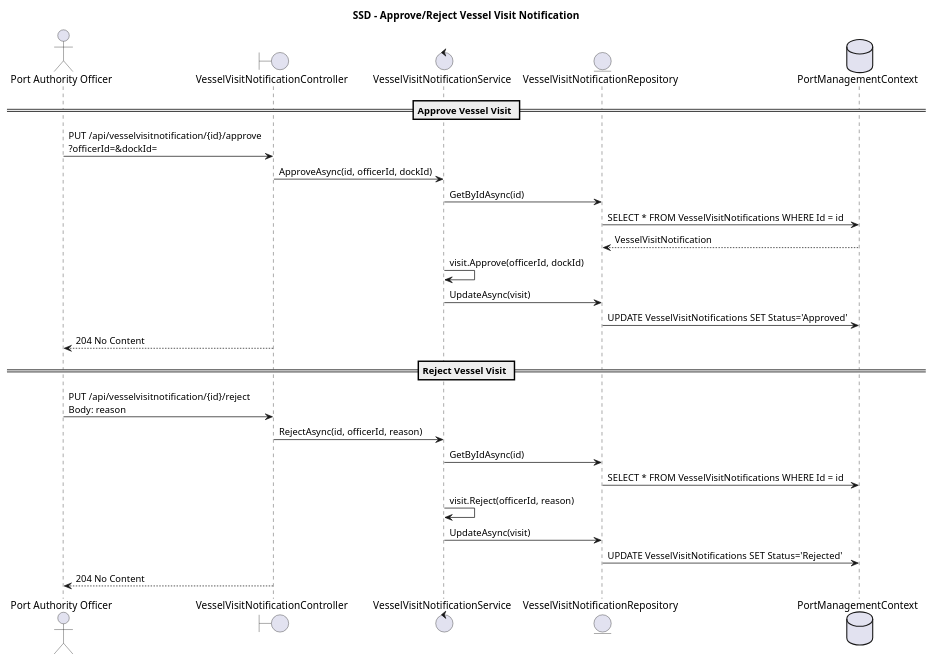
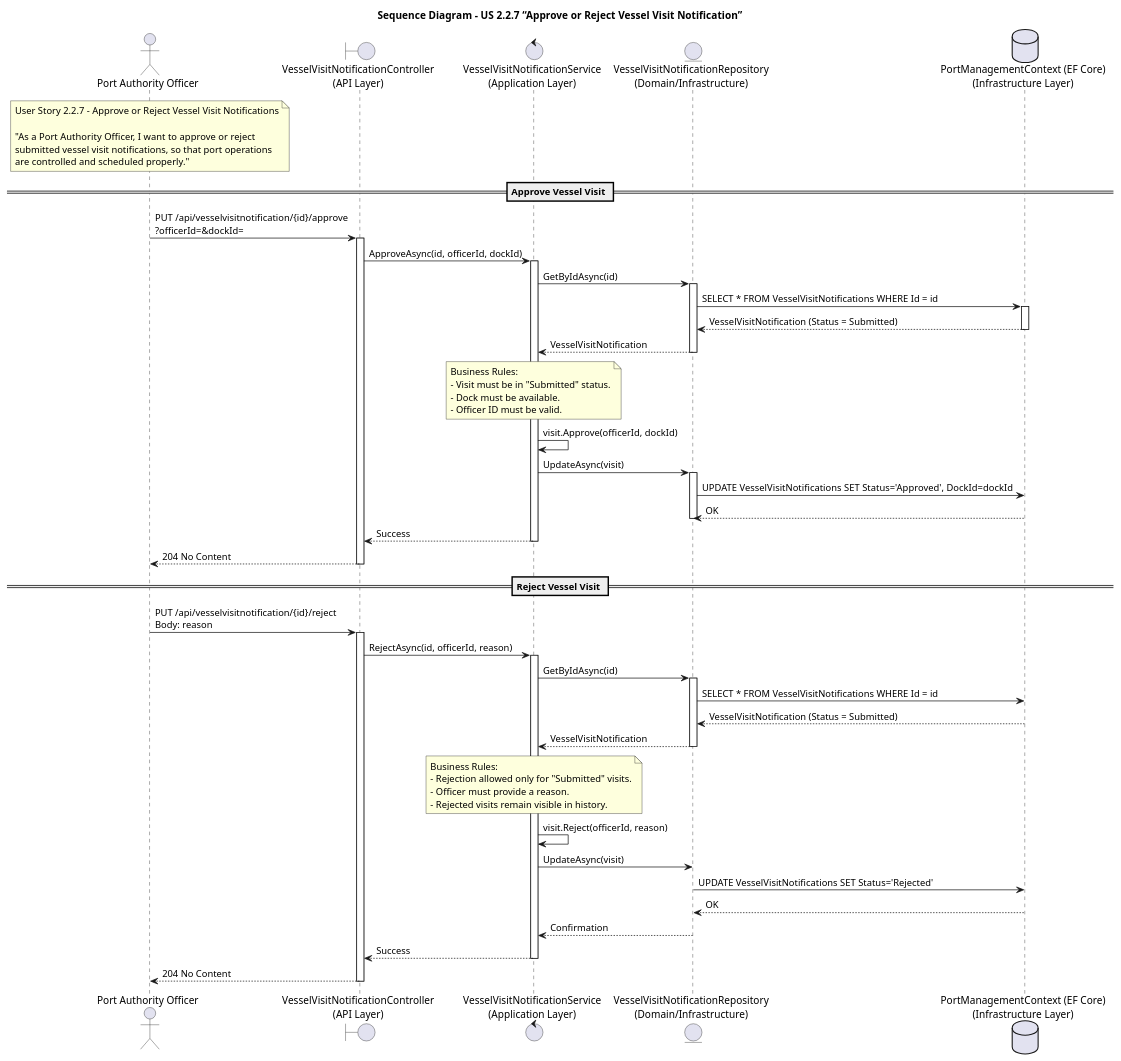
One commit to igor-coutinho22/Port_Management_System changed the diagram in docs/US 2.2.7/Sequence Diagram - US 2.2.7.puml. Above: the diagram before and after it, drawn with PlantUML. The commit also changed 2 other files, not shown here.

```diff
--- a/docs/US 2.2.7/Sequence Diagram - US 2.2.7.puml
+++ b/docs/US 2.2.7/Sequence Diagram - US 2.2.7.puml
@@ -1,30 +1,84 @@
 @startuml
-title SSD - Approve/Reject Vessel Visit Notification
+title Sequence Diagram – US 2.2.7 “Approve or Reject Vessel Visit Notification”
 
 actor "Port Authority Officer" as Officer
-boundary "VesselVisitNotificationController" as Controller
-control "VesselVisitNotificationService" as Service
-entity "VesselVisitNotificationRepository" as Repository
-database "PortManagementContext" as DB
+boundary "VesselVisitNotificationController\n(API Layer)" as Controller
+control "VesselVisitNotificationService\n(Application Layer)" as Service
+entity "VesselVisitNotificationRepository\n(Domain/Infrastructure)" as Repository
+database "PortManagementContext (EF Core)\n(Infrastructure Layer)" as DB
+
+note over Officer
+User Story 2.2.7 – Approve or Reject Vessel Visit Notifications
+
+"As a Port Authority Officer, I want to approve or reject
+submitted vessel visit notifications, so that port operations
+are controlled and scheduled properly."
+end note
 
 == Approve Vessel Visit ==
+
 Officer -> Controller : PUT /api/vesselvisitnotification/{id}/approve\n?officerId=&dockId=
+activate Controller
 Controller -> Service : ApproveAsync(id, officerId, dockId)
+activate Service
+
 Service -> Repository : GetByIdAsync(id)
+activate Repository
 Repository -> DB : SELECT * FROM VesselVisitNotifications WHERE Id = id
-DB --> Repository : VesselVisitNotification
+activate DB
+DB --> Repository : VesselVisitNotification (Status = Submitted)
+deactivate DB
+Repository --> Service : VesselVisitNotification
+deactivate Repository
+
+note over Service
+Business Rules:
+- Visit must be in "Submitted" status.
+- Dock must be available.
+- Officer ID must be valid.
+end note
+
 Service -> Service : visit.Approve(officerId, dockId)
 Service -> Repository : UpdateAsync(visit)
-Repository -> DB : UPDATE VesselVisitNotifications SET Status='Approved'
+activate Repository
+Repository -> DB : UPDATE VesselVisitNotifications SET Status='Approved', DockId=dockId
+DB --> Repository : OK
+deactivate Repository
+Service --> Controller : Success
+deactivate Service
+
 Controller --> Officer : 204 No Content
+deactivate Controller
 
 == Reject Vessel Visit ==
+
 Officer -> Controller : PUT /api/vesselvisitnotification/{id}/reject\nBody: reason
+activate Controller
 Controller -> Service : RejectAsync(id, officerId, reason)
+activate Service
+
 Service -> Repository : GetByIdAsync(id)
+activate Repository
 Repository -> DB : SELECT * FROM VesselVisitNotifications WHERE Id = id
+DB --> Repository : VesselVisitNotification (Status = Submitted)
+Repository --> Service : VesselVisitNotification
+deactivate Repository
+
+note over Service
+Business Rules:
+- Rejection allowed only for "Submitted" visits.
+- Officer must provide a reason.
+- Rejected visits remain visible in history.
+end note
+
 Service -> Service : visit.Reject(officerId, reason)
 Service -> Repository : UpdateAsync(visit)
 Repository -> DB : UPDATE VesselVisitNotifications SET Status='Rejected'
+DB --> Repository : OK
+Repository --> Service : Confirmation
+Service --> Controller : Success
+deactivate Service
+
 Controller --> Officer : 204 No Content
+deactivate Controller
 @enduml
```
